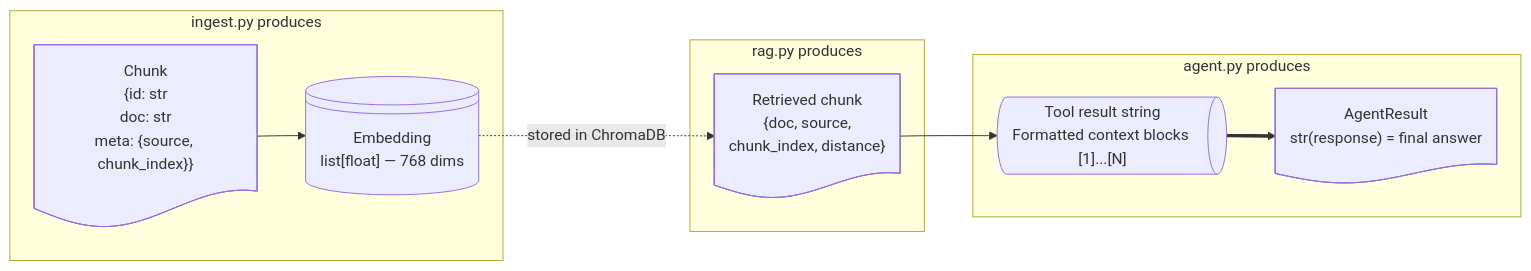
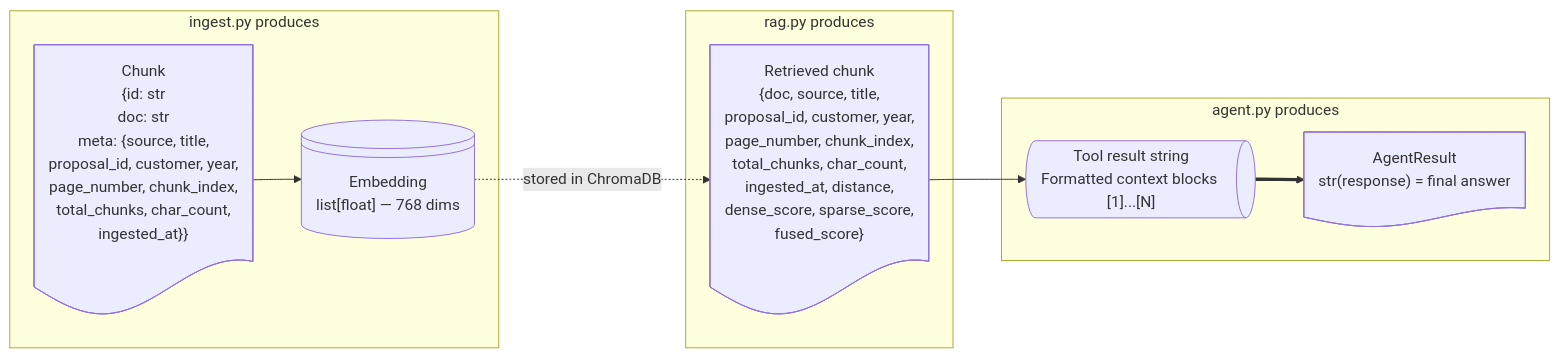
One commit to AWDubs/Local-RAG changed the fourth of 4 diagrams in docs/implementation/architecture.md. Above: the diagram before and after it, drawn with Mermaid. The commit also changed other lines of this file and 19 other files, not shown here.

````diff
--- a/docs/implementation/architecture.md
+++ b/docs/implementation/architecture.md
@@ -158,24 +169,24 @@
 ```mermaid
 flowchart LR
     accTitle: Data shapes flowing between modules
     accDescr: PDF text becomes chunks, which become embeddings stored in ChromaDB; at query time the Strands agent calls the retrieval tool and produces a grounded answer.
 
     subgraph ingest_shapes["ingest.py produces"]
-        chunk_shape@{ shape: doc, label: "Chunk\n{id: str\ndoc: str\nmeta: {source, chunk_index}}" }
+        chunk_shape@{ shape: doc, label: "Chunk\n{id: str\ndoc: str\nmeta: {source, title,\nproposal_id, customer, year,\npage_number, chunk_index,\ntotal_chunks, char_count,\ningested_at}}" }
         vec_shape@{ shape: lin-cyl, label: "Embedding\nlist[float] — 768 dims" }
     end
 
     subgraph rag_shapes["rag.py produces"]
-        result_shape@{ shape: doc, label: "Retrieved chunk\n{doc, source,\nchunk_index, distance}" }
+        result_shape@{ shape: doc, label: "Retrieved chunk\n{doc, source, title,\nproposal_id, customer, year,\npage_number, chunk_index,\ntotal_chunks, char_count,\ningested_at, distance,\ndense_score, sparse_score,\nfused_score}" }
     end
 
     subgraph agent_shapes["agent.py produces"]
         tool_result@{ shape: das, label: "Tool result string\nFormatted context blocks [1]...[N]" }
         answer_shape@{ shape: doc, label: "AgentResult\nstr(response) = final answer" }
     end
 
     chunk_shape --> vec_shape
     vec_shape -. "stored in ChromaDB" .-> result_shape
     result_shape --> tool_result
     tool_result ==> answer_shape
 ```
````
